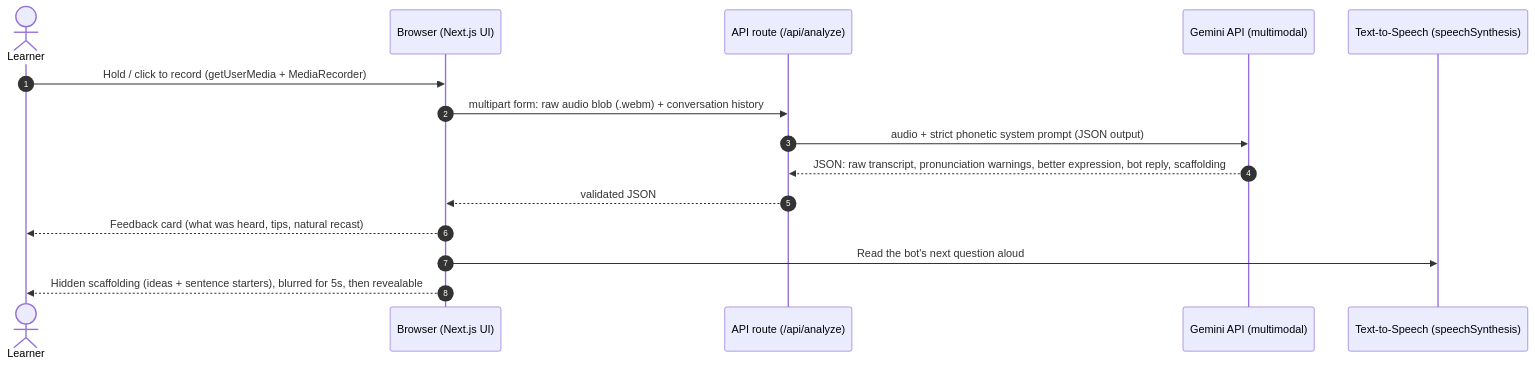
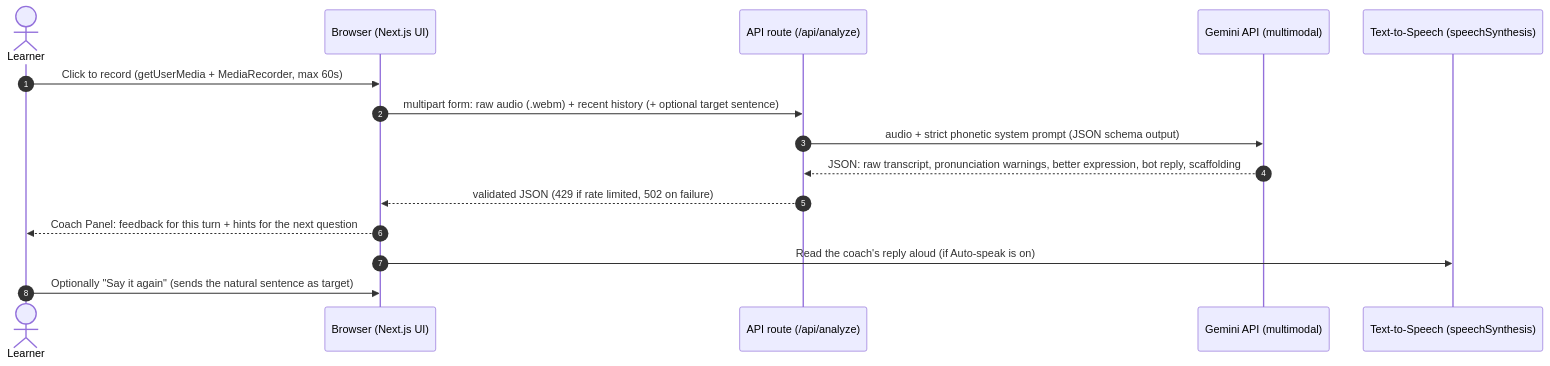
One commit to trgianghuynh1808/ai-english-speaking changed the first of 2 diagrams in README.md. Above: the diagram before and after it, drawn with Mermaid. The commit also changed other lines of this file, not shown here.

````diff
--- a/README.md
+++ b/README.md
@@ -16,18 +27,18 @@
 ```mermaid
 sequenceDiagram
     autonumber
     actor U as Learner
     participant B as Browser (Next.js UI)
     participant A as API route (/api/analyze)
     participant G as Gemini API (multimodal)
     participant T as Text-to-Speech (speechSynthesis)
 
-    U->>B: Hold / click to record (getUserMedia + MediaRecorder)
-    B->>A: multipart form: raw audio blob (.webm) + conversation history
-    A->>G: audio + strict phonetic system prompt (JSON output)
+    U->>B: Click to record (getUserMedia + MediaRecorder, max 60s)
+    B->>A: multipart form: raw audio (.webm) + recent history (+ optional target sentence)
+    A->>G: audio + strict phonetic system prompt (JSON schema output)
     G-->>A: JSON: raw transcript, pronunciation warnings, better expression, bot reply, scaffolding
-    A-->>B: validated JSON
-    B-->>U: Feedback card (what was heard, tips, natural recast)
-    B->>T: Read the bot's next question aloud
-    B-->>U: Hidden scaffolding (ideas + sentence starters), blurred for 5s, then revealable
+    A-->>B: validated JSON (429 if rate limited, 502 on failure)
+    B-->>U: Coach Panel: feedback for this turn + hints for the next question
+    B->>T: Read the coach's reply aloud (if Auto-speak is on)
+    U->>B: Optionally "Say it again" (sends the natural sentence as target)
 ```
````
